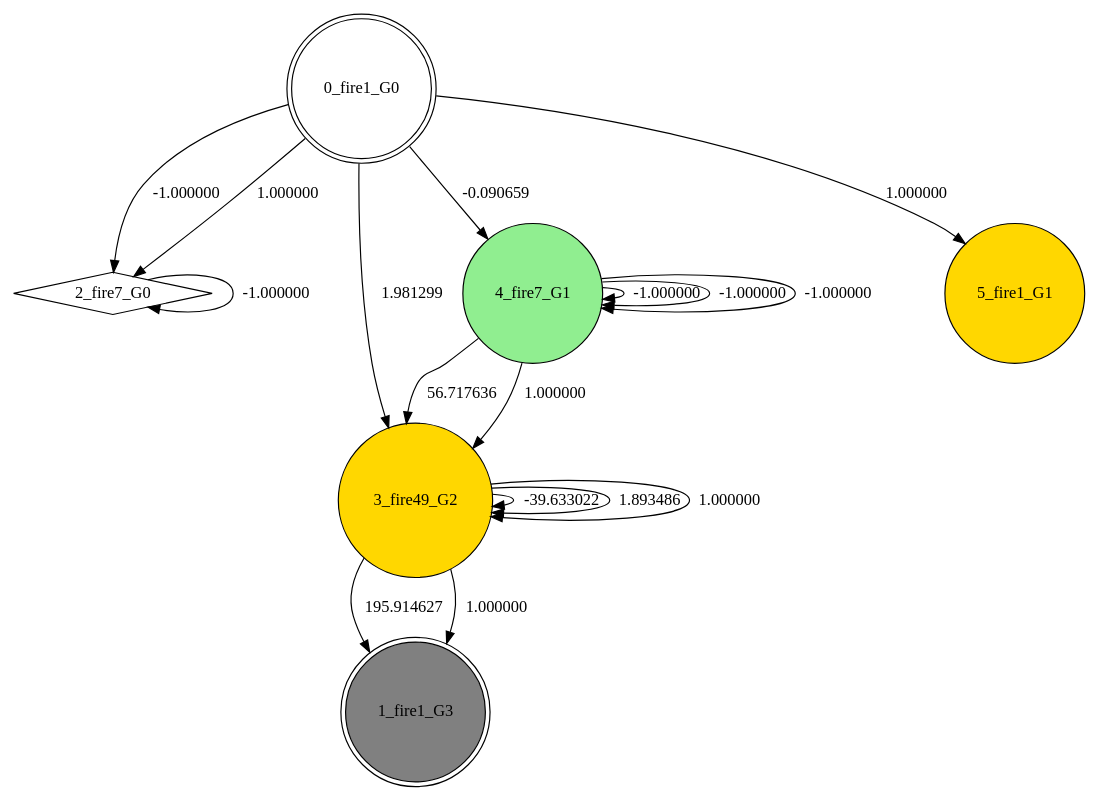
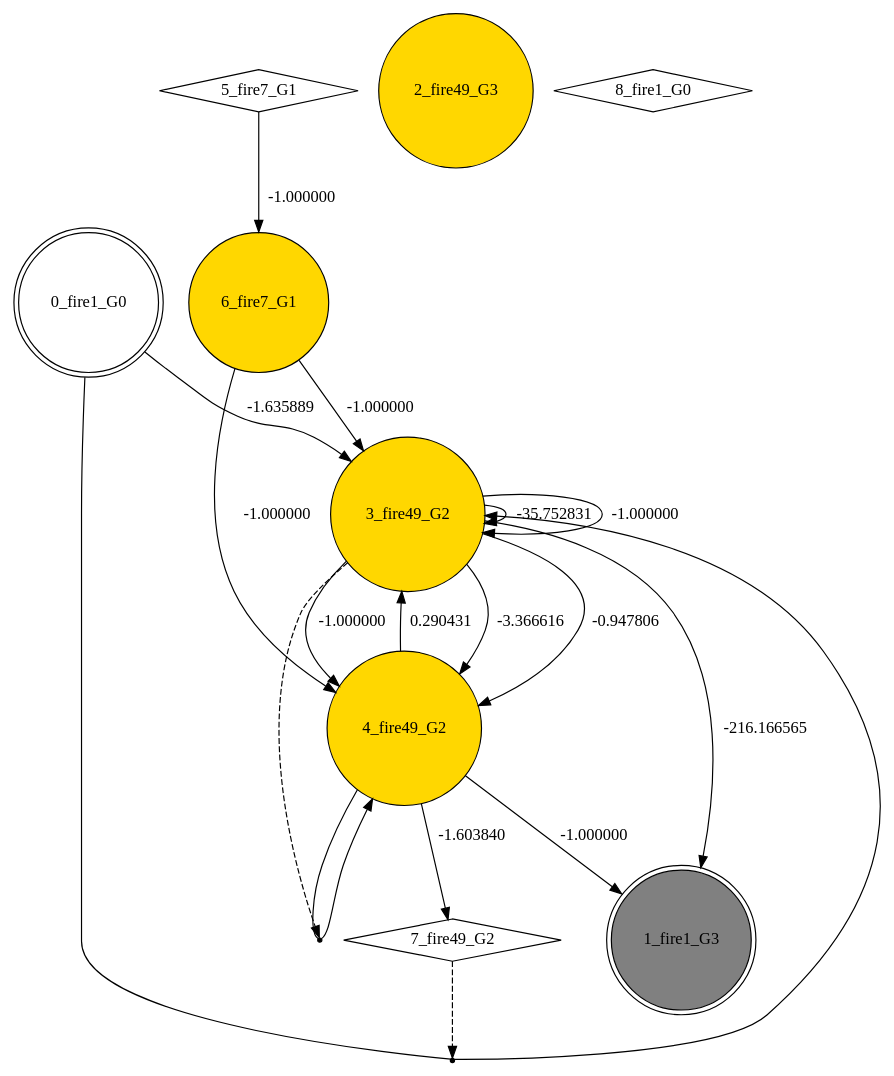
The diagram in best_individual.dot (yi1306c12/suna_c), drawn with Graphviz before and after one commit. The commit also changed 7 other files, not shown here.

```diff
--- a/best_individual.dot
+++ b/best_individual.dot
@@ -1,25 +1,33 @@
 digraph G {
  node[shape = circle]
 0 [label="0_fire1_G0",shape=doublecircle]
 1 [label="1_fire1_G3",shape=doublecircle, style=filled, fillcolor=gray]
-2 [label="2_fire7_G0",shape=diamond]
+2 [label="2_fire49_G3",style=filled, fillcolor=gold]
 3 [label="3_fire49_G2",style=filled, fillcolor=gold]
-4 [label="4_fire7_G1",style=filled, fillcolor=lightgreen]
-5 [label="5_fire1_G1",style=filled, fillcolor=gold]
-0 -> 3 [label="1.981299"]
-3 -> 1 [label="195.914627"]
-3 -> 3 [label="-39.633022"]
-4 -> 4 [label="-1.000000"]
-3 -> 3 [label="1.893486"]
-4 -> 3 [label="56.717636"]
-0 -> 4 [label="-0.090659"]
-0 -> 2 [label="-1.000000"]
-4 -> 4 [label="-1.000000"]
-0 -> 2 [label="1.000000"]
-4 -> 4 [label="-1.000000"]
-2 -> 2 [label="-1.000000"]
-4 -> 3 [label="1.000000"]
-3 -> 1 [label="1.000000"]
-3 -> 3 [label="1.000000"]
-0 -> 5 [label="1.000000"]
+4 [label="4_fire49_G2",style=filled, fillcolor=gold]
+5 [label="5_fire7_G1",shape=diamond]
+6 [label="6_fire7_G1",style=filled, fillcolor=gold]
+7 [label="7_fire49_G2",shape=diamond]
+8 [label="8_fire1_G0",shape=diamond]
+3 -> 3 [label="-35.752831"]
+9 [shape=point, label=""]
+7 -> 9 [style=dashed] 
+0 -> 9 [dir=none]
+9 -> 3 
+3 -> 1 [label="-216.166565"]
+3 -> 4 [label="-3.366616"]
+10 [shape=point, label=""]
+3 -> 10 [style=dashed] 
+4 -> 10 [dir=none]
+10 -> 4 
+0 -> 3 [label="-1.635889"]
+4 -> 3 [label="0.290431"]
+5 -> 6 [label="-1.000000"]
+4 -> 7 [label="-1.603840"]
+3 -> 4 [label="-0.947806"]
+4 -> 1 [label="-1.000000"]
+3 -> 4 [label="-1.000000"]
+6 -> 3 [label="-1.000000"]
+6 -> 4 [label="-1.000000"]
+3 -> 3 [label="-1.000000"]
 }
```
